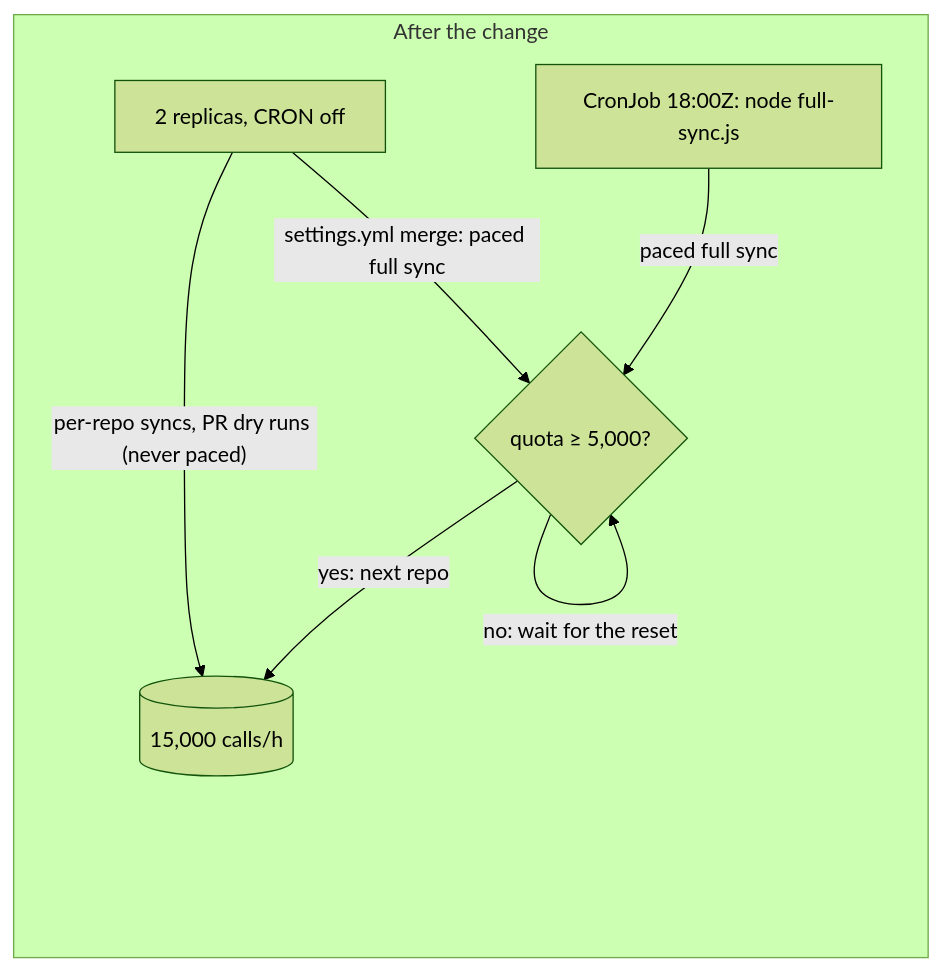
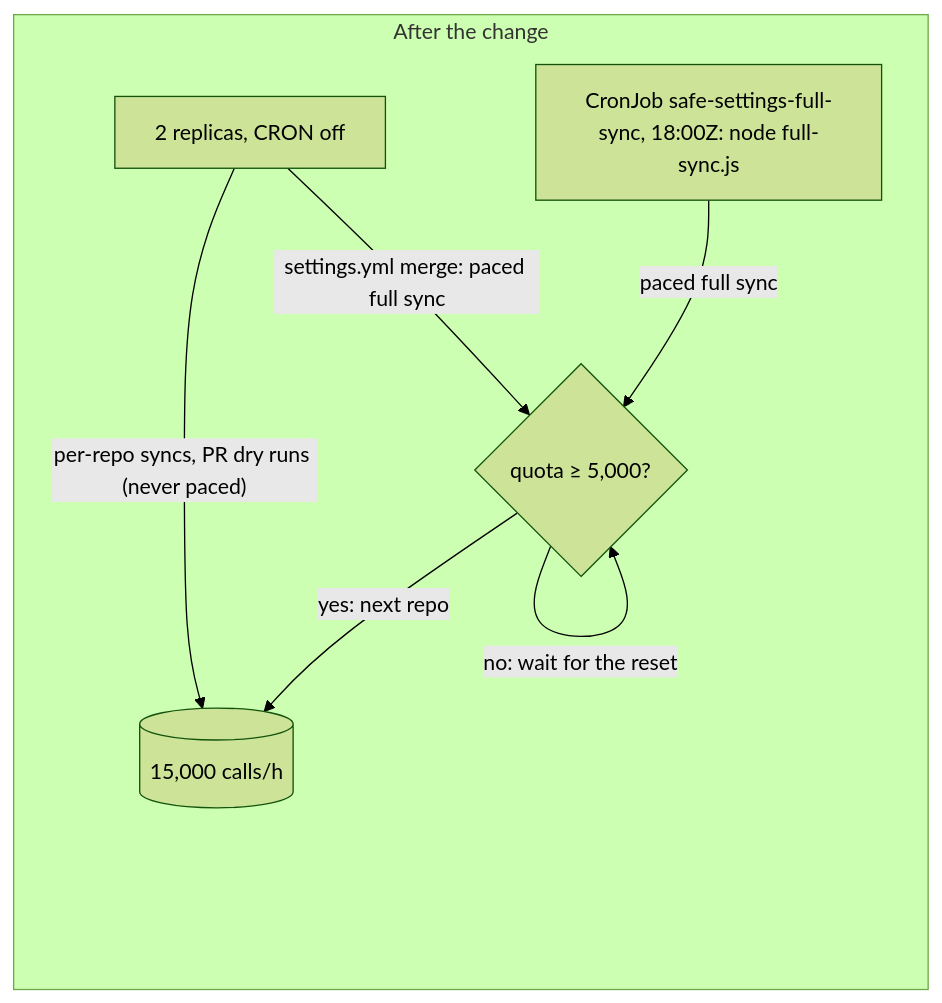
One commit to tomtom-forks/safe-settings changed the second of 4 diagrams in docs/sdlc/changes/2026-11-23-cron-sync-quota/change-design.md. Above: the diagram before and after it, drawn with Mermaid (forest theme). The commit also changed other lines of this file, not shown here.

First line of the commit message:
docs(cron-quota): name and document the nightly full-sync CronJob

````diff
--- a/docs/sdlc/changes/2026-11-23-cron-sync-quota/change-design.md
+++ b/docs/sdlc/changes/2026-11-23-cron-sync-quota/change-design.md
@@ -156,10 +156,10 @@
 ```mermaid
 flowchart LR
   subgraph after["After the change"]
-    cj["CronJob 18:00Z: node full-sync.js"] -->|"paced full sync"| guard{"quota ≥ 5,000?"}
+    cj["CronJob safe-settings-full-sync, 18:00Z: node full-sync.js"] -->|"paced full sync"| guard{"quota ≥ 5,000?"}
     pods2["2 replicas, CRON off"] -->|"settings.yml merge: paced full sync"| guard
     guard -->|"yes: next repo"| q2[("15,000 calls/h")]
     guard -->|"no: wait for the reset"| guard
     pods2 -->|"per-repo syncs, PR dry runs (never paced)"| q2
   end
 ```
````
